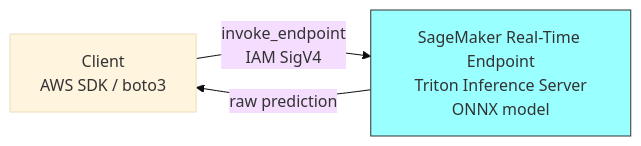
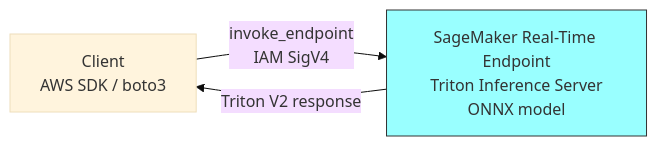
The fourth of 6 diagrams in .kiro/specs/mnist-inference-endpoint/design.md (ruhuitay/sagemaker), drawn with Mermaid (base theme) before and after one commit. The commit also changed other lines of this file and 4 other files, not shown here.

````diff
--- a/.kiro/specs/mnist-inference-endpoint/design.md
+++ b/.kiro/specs/mnist-inference-endpoint/design.md
@@ -52,7 +97,7 @@
 ```mermaid
 graph LR
     Client[Client<br/>AWS SDK / boto3] -->|invoke_endpoint<br/>IAM SigV4| SageMaker[SageMaker Real-Time Endpoint<br/>Triton Inference Server<br/>ONNX model]
-    SageMaker -->|raw prediction| Client
+    SageMaker -->|Triton V2 response| Client
 
     style SageMaker fill:#9ff,stroke:#333
 ```
````
